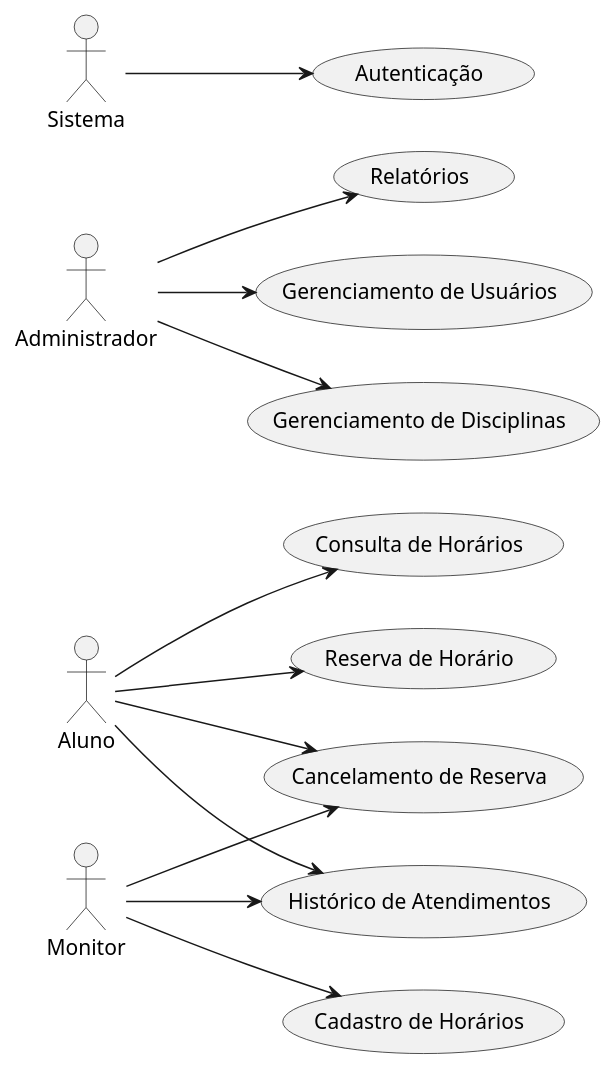
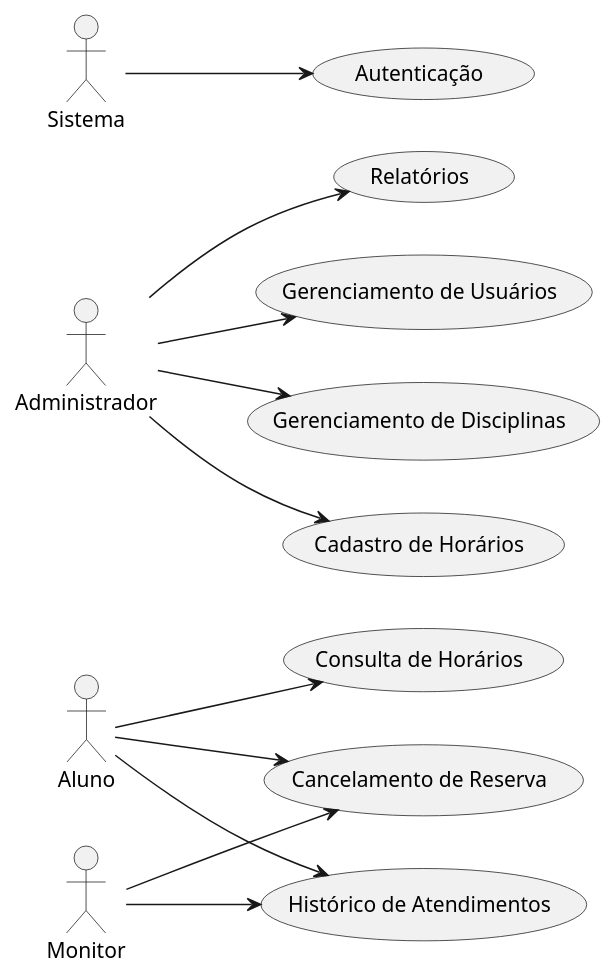
The diagram in docs/Elaboracao/casos_de_uso.md (Projetos-de-Extensao/PBE_25.2_8003_I), drawn with PlantUML before and after one commit. The commit also changed 4 other files, not shown here.

````diff
--- a/docs/Elaboracao/casos_de_uso.md
+++ b/docs/Elaboracao/casos_de_uso.md
@@ -142,25 +142,25 @@
 ```puml
 @startuml teste
 left to right direction
 
 actor Aluno
 actor Monitor
 actor Administrador
 actor Sistema
 
-Aluno --> (Reserva de Horário)
+
 Aluno --> (Consulta de Horários)
 Aluno --> (Histórico de Atendimentos)
 Aluno --> (Cancelamento de Reserva)
 
-Monitor --> (Cadastro de Horários)
 Monitor --> (Histórico de Atendimentos)
 Monitor --> (Cancelamento de Reserva)
 
 Administrador --> (Relatórios)
 Administrador --> (Gerenciamento de Usuários)
 Administrador --> (Gerenciamento de Disciplinas)
+Administrador --> (Cadastro de Horários)
 
 Sistema --> (Autenticação)
 @enduml
 ```
````
